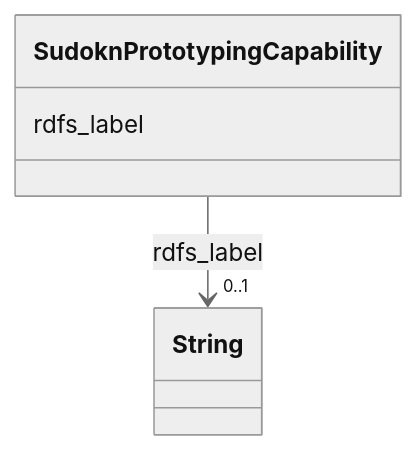
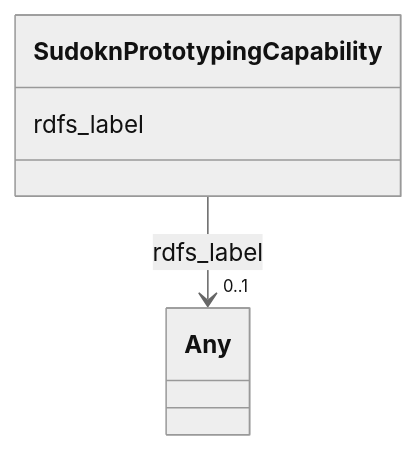
One commit to frink-okn/graph-descriptions changed the diagram in sudokn-kg/classes/SudoknPrototypingCapability.md. Above: the diagram before and after it, drawn with Mermaid (neutral theme). The commit also changed other lines of this file and 903 other files, not shown here.

````diff
--- a/sudokn-kg/classes/SudoknPrototypingCapability.md
+++ b/sudokn-kg/classes/SudoknPrototypingCapability.md
@@ -23,15 +18,15 @@
 ```mermaid
  classDiagram
     class SudoknPrototypingCapability
     click SudoknPrototypingCapability href "../SudoknPrototypingCapability"
       SudoknPrototypingCapability : rdfs_label
         
           
     
     
-    SudoknPrototypingCapability --> "0..1" String : rdfs_label
-    click String href "../String"
+    SudoknPrototypingCapability --> "0..1" Any : rdfs_label
+    click Any href "../Any"
 
         
       
 ```
````
